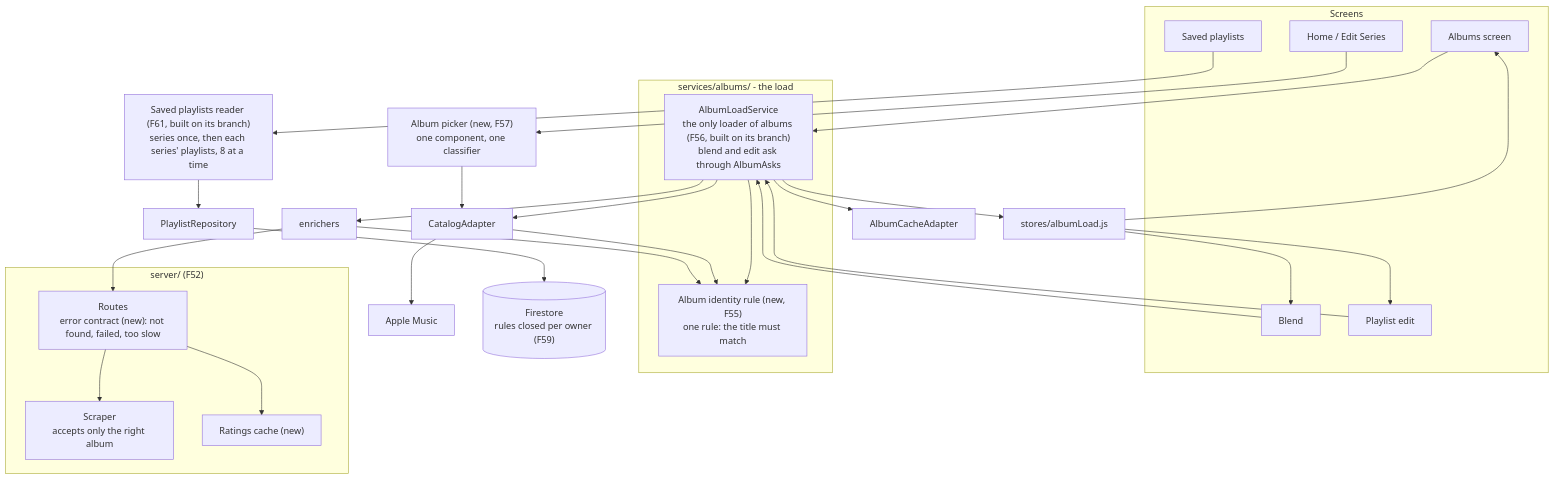
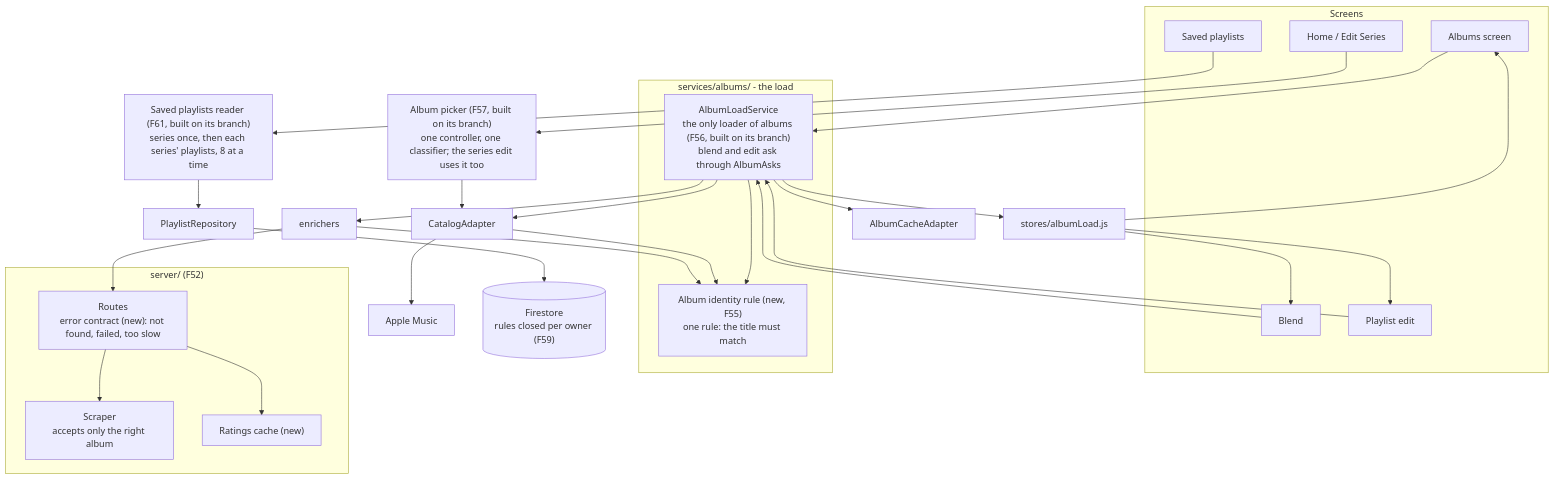
Before and after one commit to maujrp99/MJRP_AlbumsBalancedPlaylists_v0: the seventh of 7 diagrams in docs/manual/01_System_Architecture.md, drawn with Mermaid. The commit also changed other lines of this file and 14 other files, not shown here.

First line of the commit message:
docs(F57): spec, plan, tasks, arch, behavior and manual for the one picker and the one classifier

````diff
--- a/docs/manual/01_System_Architecture.md
+++ b/docs/manual/01_System_Architecture.md
@@ -330,47 +330,47 @@
 ```mermaid
 flowchart TB
     subgraph Screens
         A["Albums screen"]
         B["Blend"]
         E["Playlist edit"]
         H["Saved playlists"]
         HM["Home / Edit Series"]
     end
 
     A --> ALS
     B --> ALS
     E --> ALS
     H --> SPR["Saved playlists reader (F61, built on its branch)<br>series once, then each series' playlists, 8 at a time"]
-    HM --> PK["Album picker (new, F57)<br>one component, one classifier"]
+    HM --> PK["Album picker (F57, built on its branch)<br>one controller, one classifier; the series edit uses it too"]
 
     subgraph Load["services/albums/ - the load"]
         ALS["AlbumLoadService<br>the only loader of albums (F56, built on its branch)<br>blend and edit ask through AlbumAsks"]
         ID["Album identity rule (new, F55)<br>one rule: the title must match"]
         ALS --> ID
     end
 
     ALS --> CA["CatalogAdapter"]
     ALS --> EN["enrichers"]
     ALS --> KA["AlbumCacheAdapter"]
     CA --> ID
     EN --> ID
     PK --> CA
 
     CA --> MK["Apple Music"]
     EN --> SRV
 
     subgraph Server["server/ (F52)"]
         SRV["Routes<br>error contract (new): not found, failed, too slow"]
         SCR["Scraper<br>accepts only the right album"]
         RC["Ratings cache (new)"]
         SRV --> SCR
         SRV --> RC
     end
 
     SPR --> PR["PlaylistRepository"]
     PR --> FS[("Firestore<br>rules closed per owner (F59)")]
     ALS --> LS["stores/albumLoad.js"]
     LS --> A
     LS --> B
     LS --> E
 ```
````
